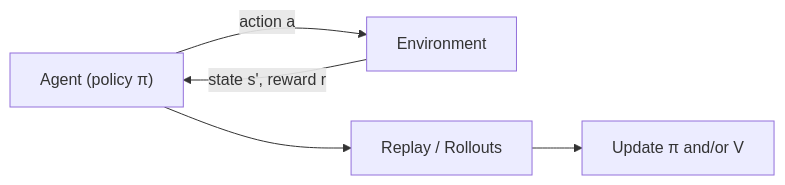
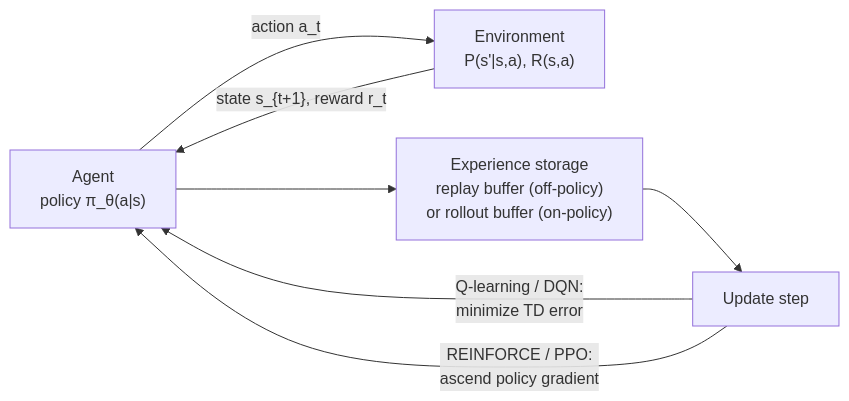
The first of 3 diagrams in roadmap/phase-6-advanced/01-reinforcement-learning.md (ABHIRAM3007/itp), drawn with Mermaid before and after one commit. The commit also changed other lines of this file and 16 other files, not shown here.

````diff
--- a/roadmap/phase-6-advanced/01-reinforcement-learning.md
+++ b/roadmap/phase-6-advanced/01-reinforcement-learning.md
@@ -81,7 +187,9 @@
 ```mermaid
 flowchart LR
-    A["Agent (policy π)"] -->|action a| E["Environment"]
-    E -->|state s', reward r| A
-    A --> R["Replay / Rollouts"]
-    R --> U["Update π and/or V"]
+    A["Agent<br/>policy π_θ(a|s)"] -->|"action a_t"| E["Environment<br/>P(s'|s,a), R(s,a)"]
+    E -->|"state s_{t+1}, reward r_t"| A
+    A --> B["Experience storage<br/>replay buffer (off-policy)<br/>or rollout buffer (on-policy)"]
+    B --> U["Update step"]
+    U -->|"Q-learning / DQN:<br/>minimize TD error"| A
+    U -->|"REINFORCE / PPO:<br/>ascend policy gradient"| A
 ```
````
